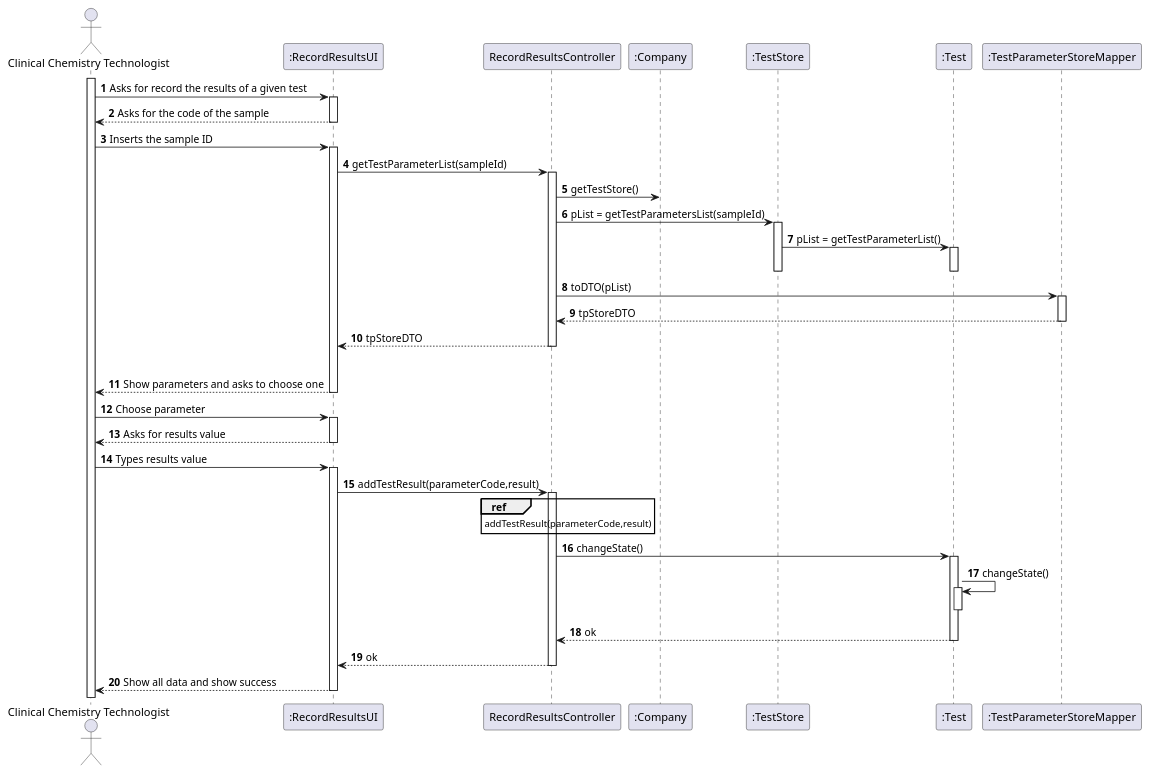
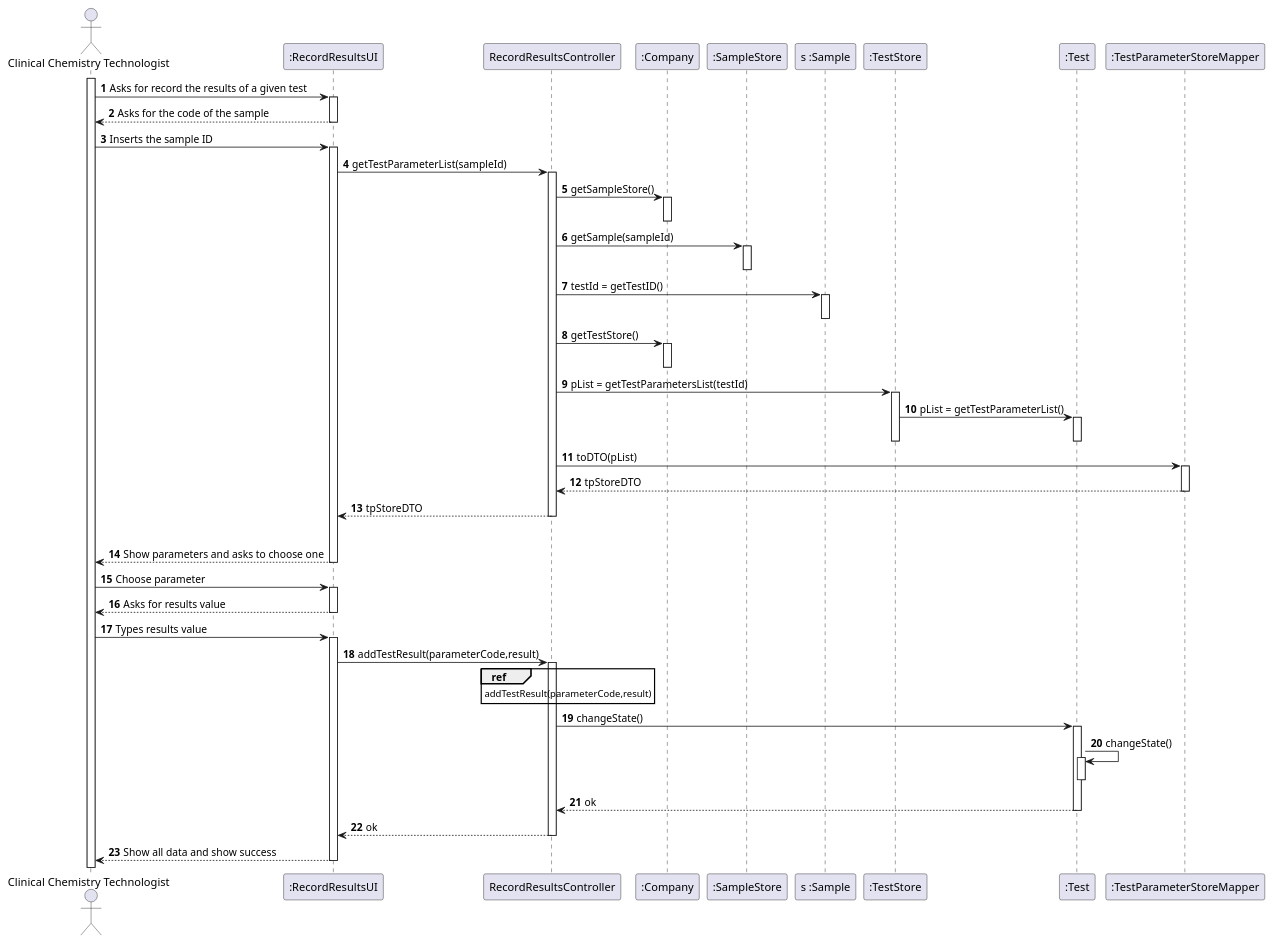
One commit to MarianaCLages/LAPR2 changed the diagram in docs/SprintC/US12/US12_SD.puml. Above: the diagram before and after it, drawn with PlantUML. The commit also changed 25 other files, not shown here.

```diff
--- a/docs/SprintC/US12/US12_SD.puml
+++ b/docs/SprintC/US12/US12_SD.puml
@@ -1,67 +1,80 @@
 @startuml
 autonumber
 actor "Clinical Chemistry Technologist" as cct
 participant ":RecordResultsUI" as UI
 participant "RecordResultsController" as ctrl
 participant ":Company" as Comp
+participant ":SampleStore" as sStore
+participant "s :Sample" as samp
 participant ":TestStore" as tStore
 participant ":Test" as Test
 participant ":TestParameterStoreMapper" as tpStoreMapper
 
 activate cct
 cct -> UI: Asks for record the results of a given test
 activate UI
 UI --> cct: Asks for the code of the sample
 deactivate UI
 cct -> UI: Inserts the sample ID
 activate UI
 UI -> ctrl: getTestParameterList(sampleId)
       activate ctrl
+      ctrl -> Comp: getSampleStore()
+      activate Comp
+      deactivate
+      ctrl -> sStore: getSample(sampleId)
+      activate sStore
+      deactivate
+      ctrl -> samp: testId = getTestID()
+      activate samp
+      deactivate
       ctrl -> Comp: getTestStore()
-      ctrl -> tStore: pList = getTestParametersList(sampleId)
+      activate Comp
+      deactivate
+      ctrl -> tStore: pList = getTestParametersList(testId)
       activate tStore
       tStore -> Test: pList = getTestParameterList()
       activate Test
       deactivate
       deactivate tStore
 
       ctrl -> tpStoreMapper: toDTO(pList)
       activate tpStoreMapper
 
       tpStoreMapper --> ctrl: tpStoreDTO
       deactivate tpStoreMapper
       return tpStoreDTO
       deactivate ctrl
       deactivate tStore
 loop for all the parameters
     UI --> cct: Show parameters and asks to choose one
     deactivate UI
     cct -> UI: Choose parameter
     activate UI
     UI --> cct: Asks for results value
     deactivate UI
     cct -> UI: Types results value
     activate UI
 
     UI -> ctrl: addTestResult(parameterCode,result)
     activate ctrl
    ref over ctrl: addTestResult(parameterCode,result)
 ctrl -> Test: changeState()
 activate Test
 Test -> Test: changeState()
 activate Test
 deactivate
 
 Test --> ctrl: ok
 deactivate
 ctrl --> UI : ok
 deactivate ctrl
 
 
 UI --> cct: Show all data and show success
 deactivate UI
 
 
 
 
 @enduml
```
